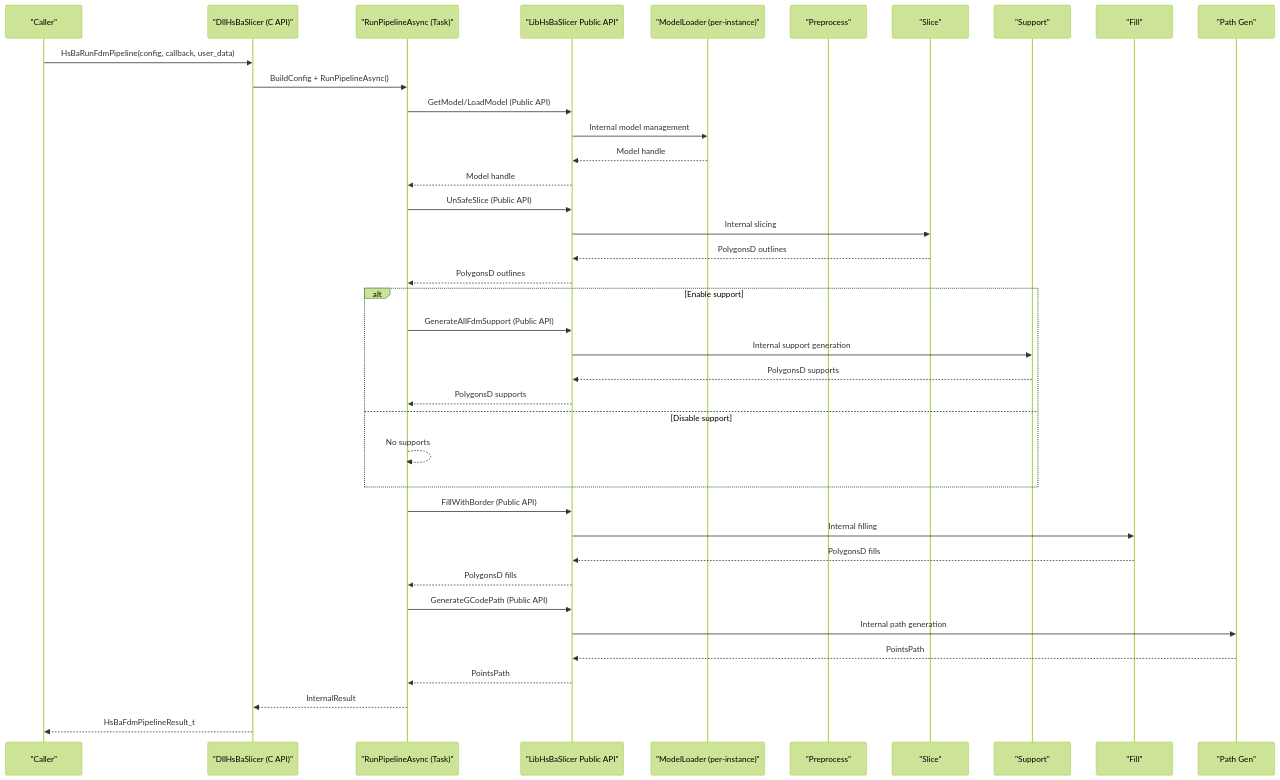
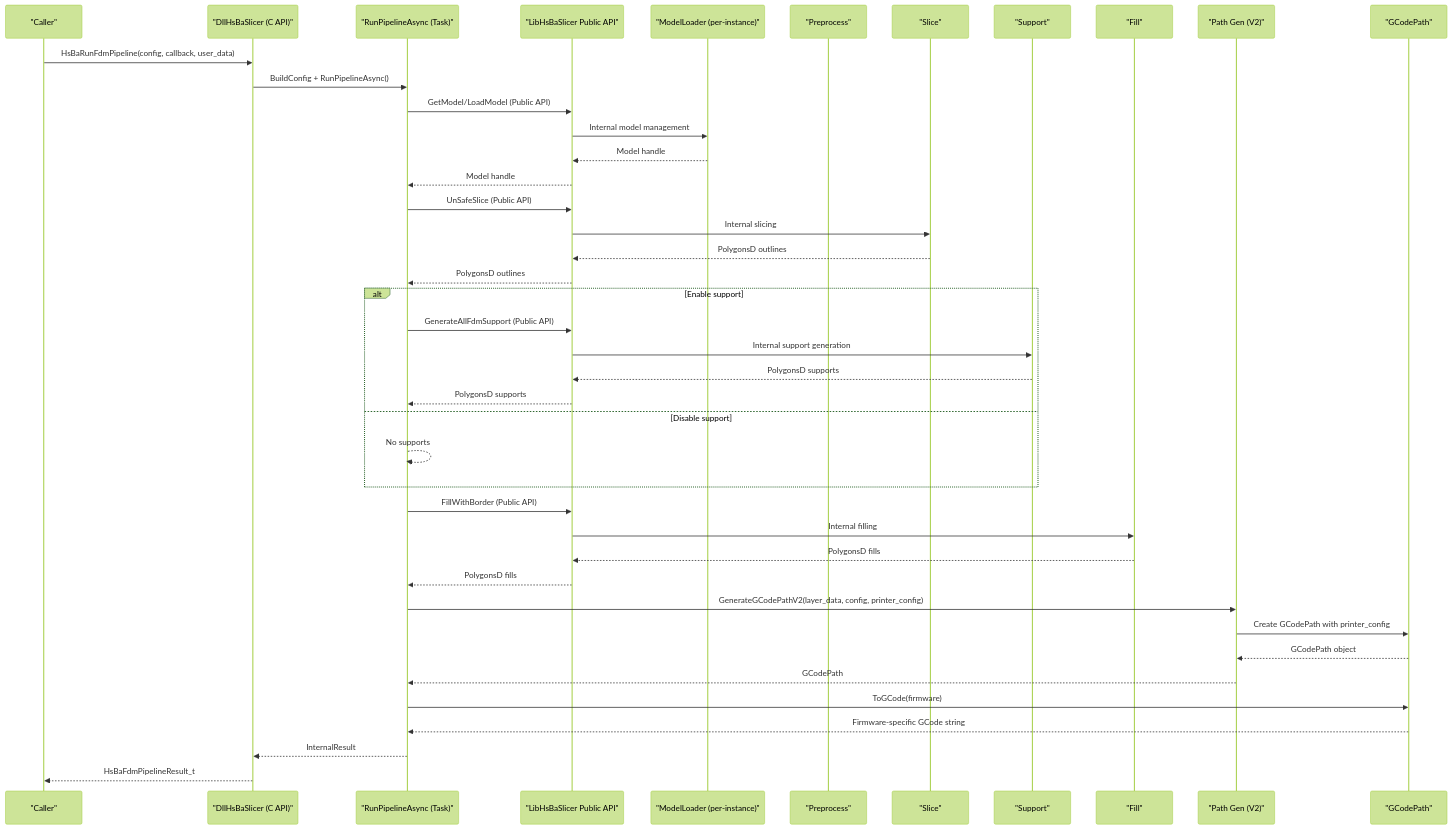
Before and after one commit to hsmbanlance/HsBaSlicer: the second of 8 diagrams in .qoder/repowiki/en/content/Core Architecture/FDM Pipeline System.md, drawn with Mermaid (forest theme). The commit also changed other lines of this file and 9 other files, not shown here.

````diff
--- a/.qoder/repowiki/en/content/Core Architecture/FDM Pipeline System.md
+++ b/.qoder/repowiki/en/content/Core Architecture/FDM Pipeline System.md
@@ -117,41 +125,44 @@
 ```mermaid
 sequenceDiagram
 participant Caller as "Caller"
 participant CAPI as "DllHsBaSlicer (C API)"
 participant Pipeline as "RunPipelineAsync (Task)"
 participant LibAPI as "LibHsBaSlicer Public API"
 participant ModelLoader as "ModelLoader (per-instance)"
 participant Pre as "Preprocess"
 participant Slice as "Slice"
 participant Sup as "Support"
 participant Fill as "Fill"
-participant Path as "Path Gen"
+participant PathGen as "Path Gen (V2)"
+participant GCodePath as "GCodePath"
 Caller->>CAPI : HsBaRunFdmPipeline(config, callback, user_data)
 CAPI->>Pipeline : BuildConfig + RunPipelineAsync()
 Pipeline->>LibAPI : GetModel/LoadModel (Public API)
 LibAPI->>ModelLoader : Internal model management
 ModelLoader-->>LibAPI : Model handle
 LibAPI-->>Pipeline : Model handle
 Pipeline->>LibAPI : UnSafeSlice (Public API)
 LibAPI->>Slice : Internal slicing
 Slice-->>LibAPI : PolygonsD outlines
 LibAPI-->>Pipeline : PolygonsD outlines
 alt Enable support
 Pipeline->>LibAPI : GenerateAllFdmSupport (Public API)
 LibAPI->>Sup : Internal support generation
 Sup-->>LibAPI : PolygonsD supports
 LibAPI-->>Pipeline : PolygonsD supports
 else Disable support
 Pipeline-->>Pipeline : No supports
 end
 Pipeline->>LibAPI : FillWithBorder (Public API)
 LibAPI->>Fill : Internal filling
 Fill-->>LibAPI : PolygonsD fills
 LibAPI-->>Pipeline : PolygonsD fills
-Pipeline->>LibAPI : GenerateGCodePath (Public API)
-LibAPI->>Path : Internal path generation
-Path-->>LibAPI : PointsPath
-LibAPI-->>Pipeline : PointsPath
+Pipeline->>PathGen : GenerateGCodePathV2(layer_data, config, printer_config)
+PathGen->>GCodePath : Create GCodePath with printer_config
+GCodePath-->>PathGen : GCodePath object
+PathGen-->>Pipeline : GCodePath
+Pipeline->>GCodePath : ToGCode(firmware)
+GCodePath-->>Pipeline : Firmware-specific GCode string
 Pipeline-->>CAPI : InternalResult
 CAPI-->>Caller : HsBaFdmPipelineResult_t
 ```
````
